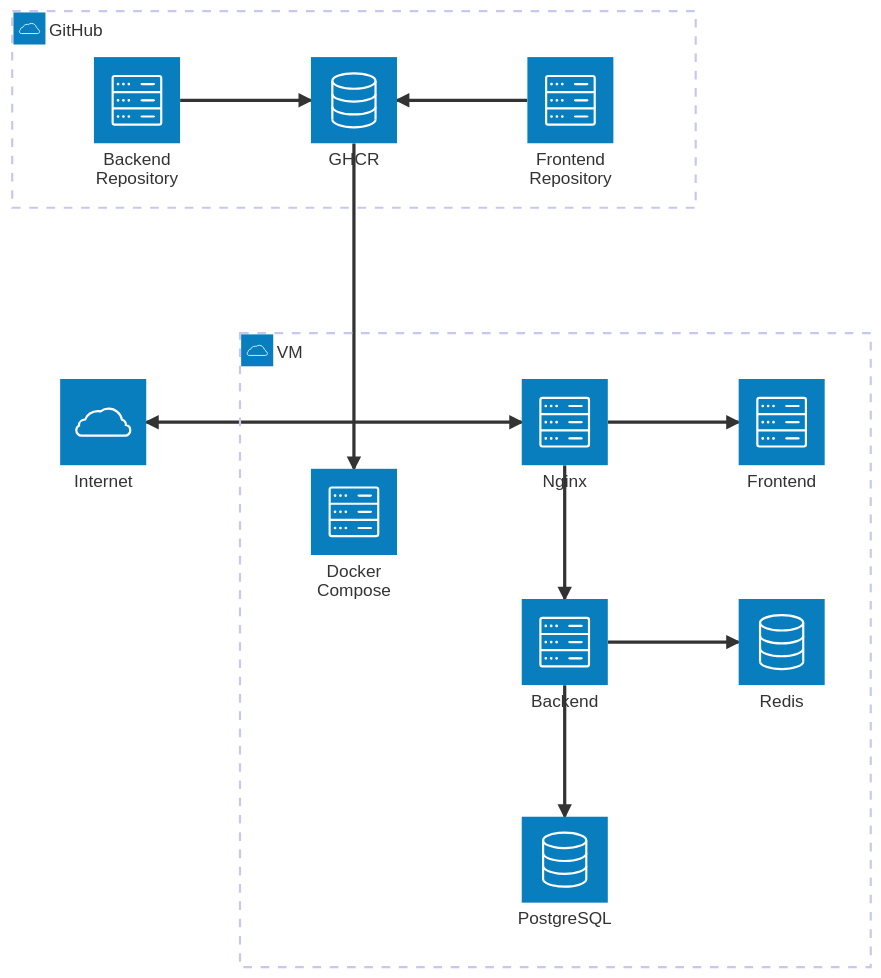
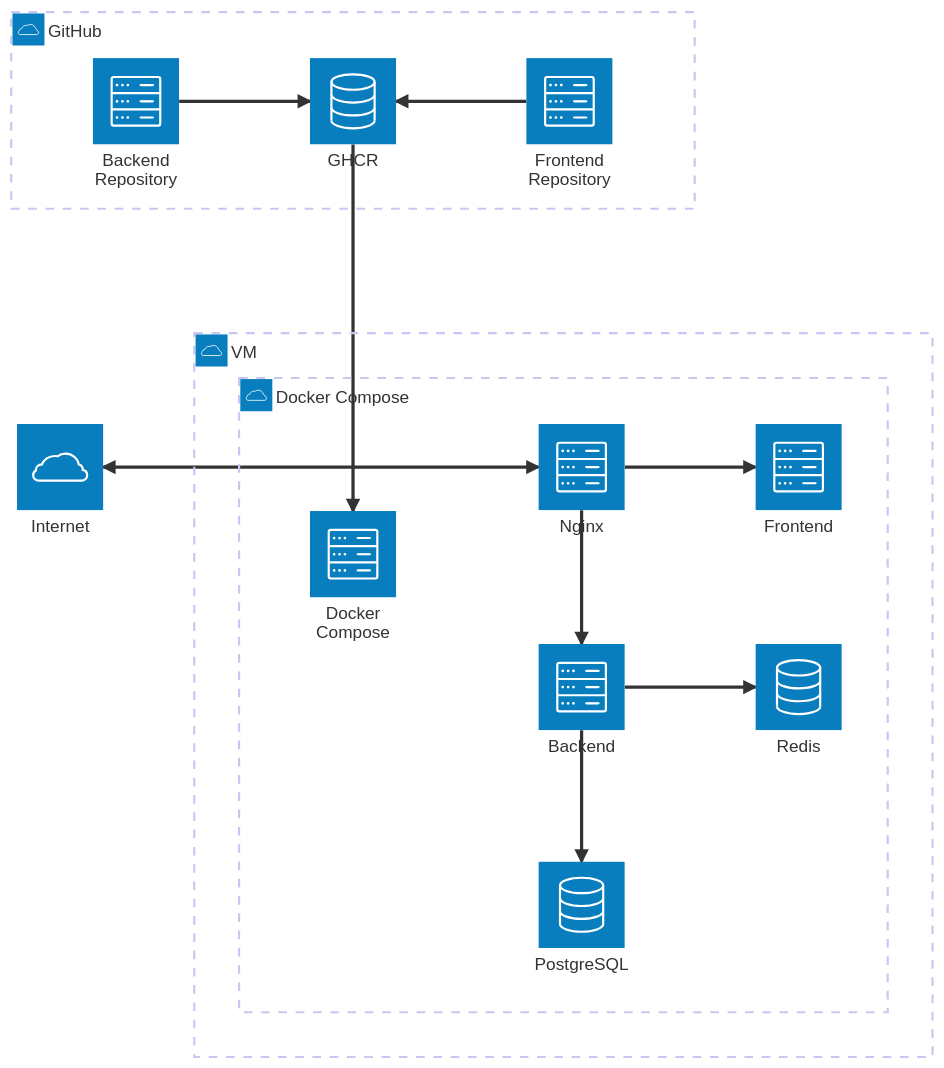
One commit to levanvux/neswear-deploy changed the diagram in README.md. Above: the diagram before and after it, drawn with Mermaid.

Commit message:
docs: add deployment architecture

````diff
--- a/README.md
+++ b/README.md
@@ -7,29 +7,30 @@
 ```mermaid
 architecture-beta
     service outside(cloud)[Internet]
 
     group gh(cloud)[GitHub]
         service be(server)[Backend Repository] in gh
         service fe(server)[Frontend Repository] in gh
         service ghcr(database)[GHCR] in gh
 
     group vm(cloud)[VM]
-        service dk(server)[Docker Compose] in vm
-        service nginx(server)[Nginx] in vm
-        service becn(server)[Backend] in vm
-        service fecn(server)[Frontend] in vm
-        service pg(database)[PostgreSQL] in vm
-        service redis(database)[Redis] in vm
+    group docker_compose(cloud)[Docker Compose] in vm
+        service dk(server)[Docker Compose] in docker_compose
+        service nginx(server)[Nginx] in docker_compose
+        service becn(server)[Backend] in docker_compose
+        service fecn(server)[Frontend] in docker_compose
+        service pg(database)[PostgreSQL] in docker_compose
+        service redis(database)[Redis] in docker_compose
 
     be:R --> L:ghcr
     fe:L --> R:ghcr
     ghcr:B --> T:dk
 
     outside:R <--> L:nginx
 
     nginx:R --> L:fecn
     nginx:B --> T:becn
 
     becn:B --> T:pg
     becn:R --> L:redis
 ```
````
